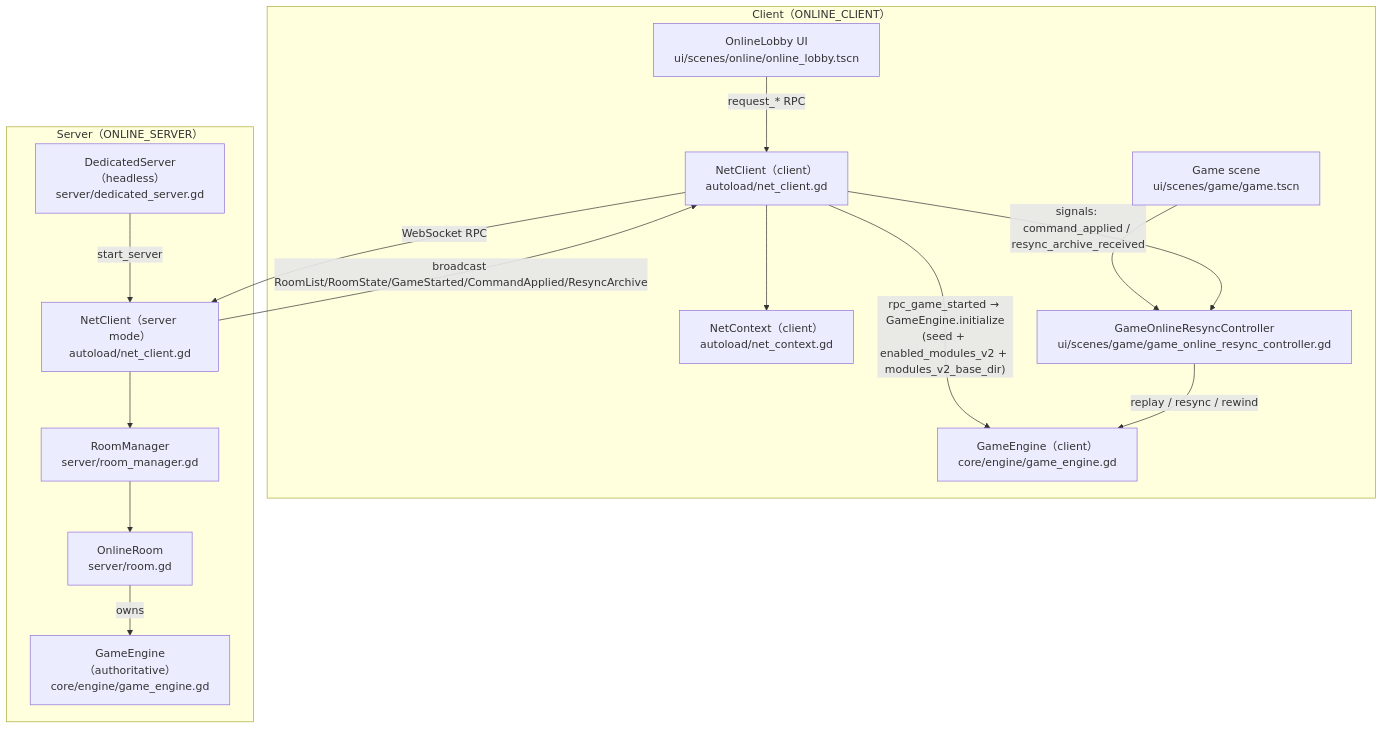
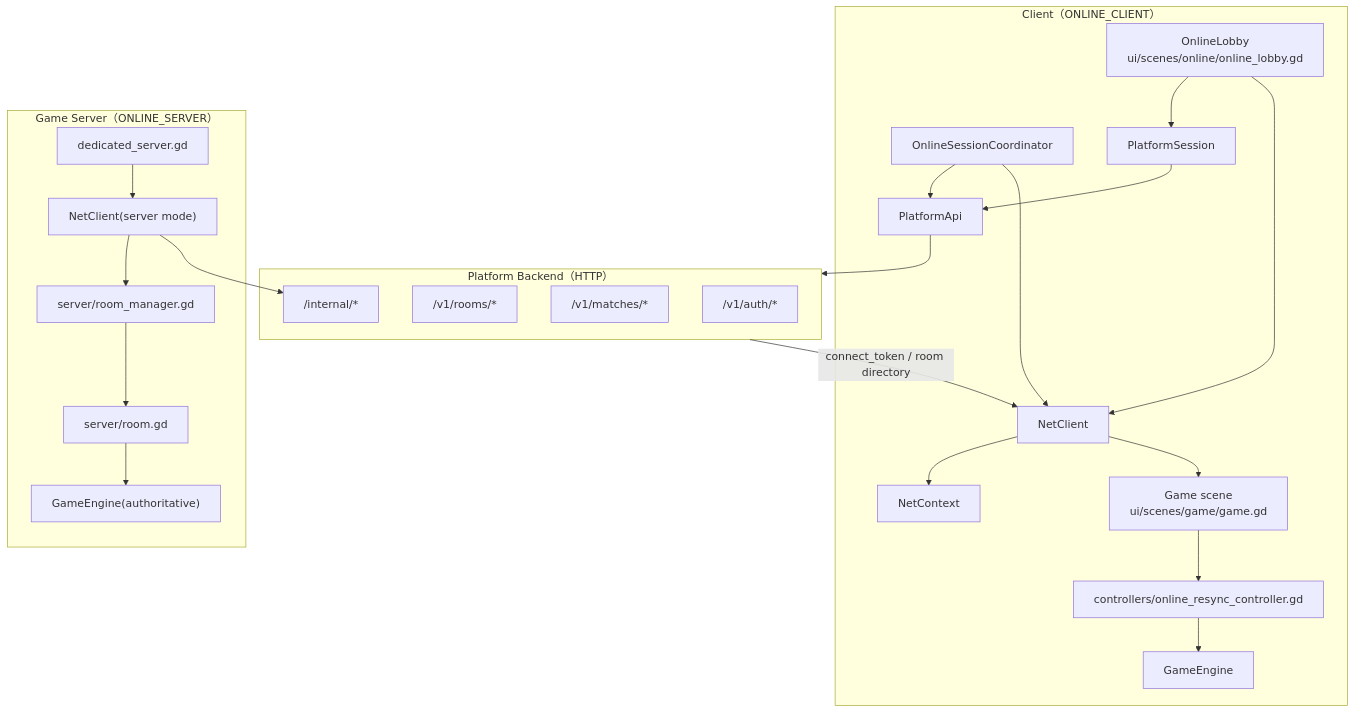
The first of 2 diagrams in docs/architecture/70-online-multiplayer.md (ygowill/food_chain_magnate), drawn with Mermaid before and after one commit. The commit also changed other lines of this file and 82 other files, not shown here.

Commit message:
docs: reorganize documentation structure and refresh architecture docs

````diff
--- a/docs/architecture/70-online-multiplayer.md
+++ b/docs/architecture/70-online-multiplayer.md
@@ -7,31 +7,41 @@
 ```mermaid
 flowchart TB
   subgraph Client["Client（ONLINE_CLIENT）"]
-    LobbyUI["OnlineLobby UI<br/>ui/scenes/online/online_lobby.tscn"]
-    NetClientC["NetClient（client）<br/>autoload/net_client.gd"]
-    NetCtx["NetContext（client）<br/>autoload/net_context.gd"]
-    GameUI["Game scene<br/>ui/scenes/game/game.tscn"]
-    ResyncCtl["GameOnlineResyncController<br/>ui/scenes/game/game_online_resync_controller.gd"]
-    EngineC["GameEngine（client）<br/>core/engine/game_engine.gd"]
+    Lobby["OnlineLobby\nui/scenes/online/online_lobby.gd"]
+    Game["Game scene\nui/scenes/game/game.gd"]
+    Resume["OnlineSessionCoordinator"]
+    PlatformSession["PlatformSession"]
+    PlatformApi["PlatformApi"]
+    NetClientC["NetClient"]
+    NetCtx["NetContext"]
+    ResyncCtl["controllers/online_resync_controller.gd"]
+    EngineC["GameEngine"]
   end
 
-  subgraph Server["Server（ONLINE_SERVER）"]
-    Dedicated["DedicatedServer（headless）<br/>server/dedicated_server.gd"]
-    NetClientS["NetClient（server mode）<br/>autoload/net_client.gd"]
-    RoomMgr["RoomManager<br/>server/room_manager.gd"]
-    Room["OnlineRoom<br/>server/room.gd"]
-    EngineS["GameEngine（authoritative）<br/>core/engine/game_engine.gd"]
+  subgraph Backend["Platform Backend（HTTP）"]
+    Auth["/v1/auth/*"]
+    Rooms["/v1/rooms/*"]
+    Matches["/v1/matches/*"]
+    Internal["/internal/*"]
   end
 
-  Dedicated -->|"start_server"| NetClientS
-  NetClientS --> RoomMgr --> Room -->|"owns"| EngineS
+  subgraph Server["Game Server（ONLINE_SERVER）"]
+    Dedicated["dedicated_server.gd"]
+    NetClientS["NetClient(server mode)"]
+    RoomMgr["server/room_manager.gd"]
+    Room["server/room.gd"]
+    EngineS["GameEngine(authoritative)"]
+  end
 
-  LobbyUI -->|"request_* RPC"| NetClientC
+  Lobby --> PlatformSession --> PlatformApi --> Backend
+  Lobby --> NetClientC
+  Resume --> PlatformApi
+  Resume --> NetClientC
   NetClientC --> NetCtx
-  NetClientC -->|"WebSocket RPC"| NetClientS
-  NetClientS -->|"broadcast RoomList/RoomState/GameStarted/CommandApplied/ResyncArchive"| NetClientC
+  NetClientC --> Game
+  Game --> ResyncCtl --> EngineC
 
-  NetClientC -->|"rpc_game_started → GameEngine.initialize<br/>(seed + enabled_modules_v2 + modules_v2_base_dir)"| EngineC
-  GameUI --> ResyncCtl -->|"replay / resync / rewind"| EngineC
-  NetClientC -->|"signals: command_applied / resync_archive_received"| ResyncCtl
+  Dedicated --> NetClientS --> RoomMgr --> Room --> EngineS
+  NetClientS --> Internal
+  Backend -->|"connect_token / room directory"| NetClientC
 ```
````
